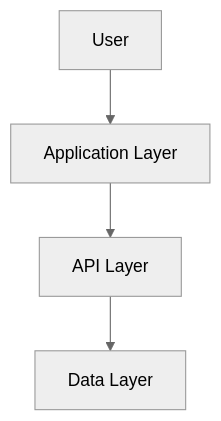
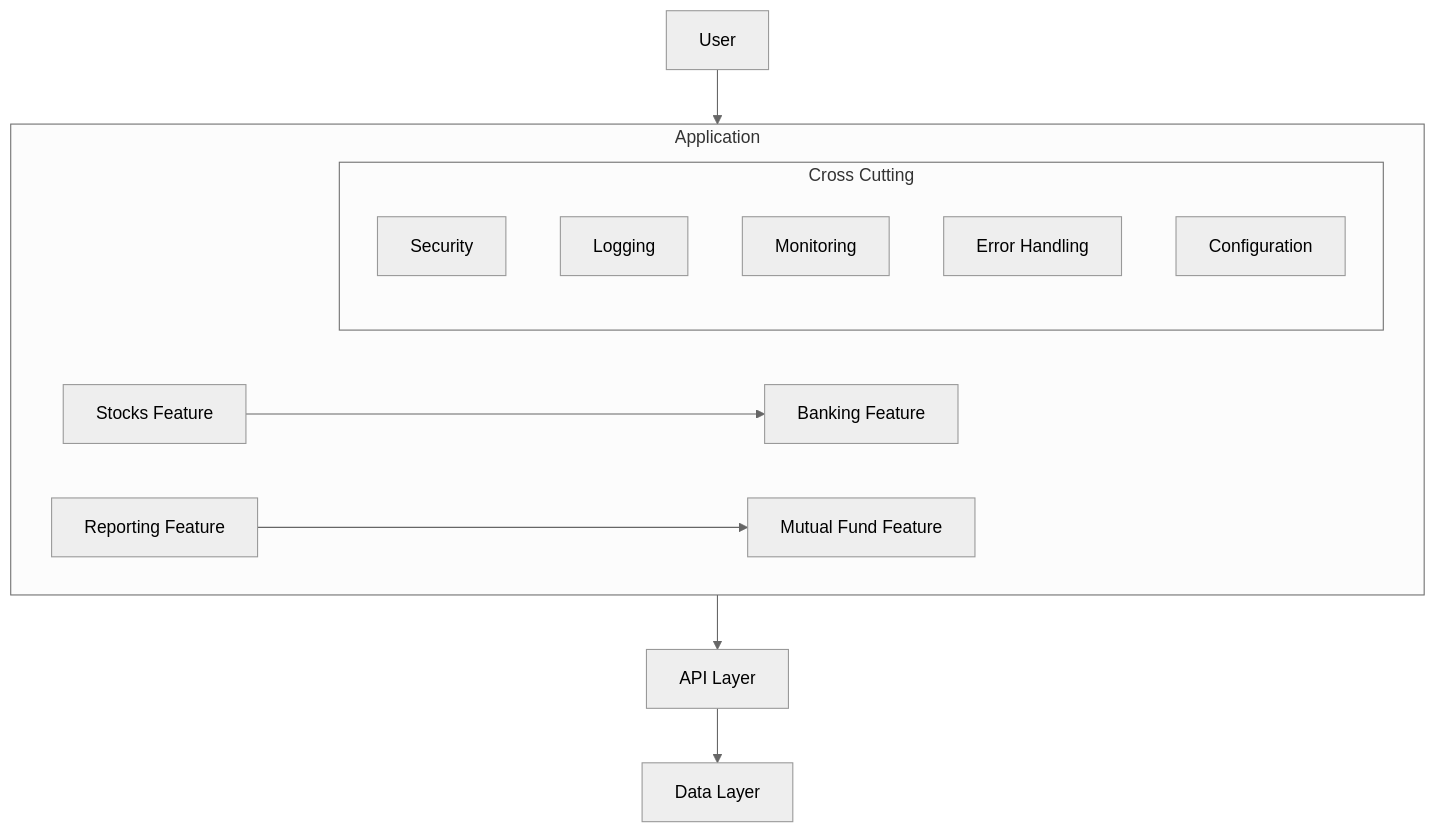
One commit to pravinchandankhede/pravinchandankhede.github.io changed the first of 3 diagrams in _posts/2023-12-20-MicroFrontend.md. Above: the diagram before and after it, drawn with Mermaid (neutral theme). The commit also changed other lines of this file, not shown here.

Commit message:
updated content

````diff
--- a/_posts/2023-12-20-MicroFrontend.md
+++ b/_posts/2023-12-20-MicroFrontend.md
@@ -31,10 +31,24 @@
 ```mermaid
 graph TD
     A[User]
-    B[Application Layer]      
+    subgraph B[Application]
+      B1[Banking Feature]
+      B2[Mutual Fund Feature]
+      B3[Stocks Feature]
+      B4[Reporting Feature]
+      subgraph B5[Cross Cutting]
+        B51[Security]
+        B52[Logging]
+        B53[Monitoring]
+        B54[Error Handling]
+        B55[Configuration]
+      end
+    end
     C[API Layer]
     D[Data Layer]
     A --> B    
     B --> C
     C --> D
+    B3 --> B1
+    B4 --> B2
 ```
````
